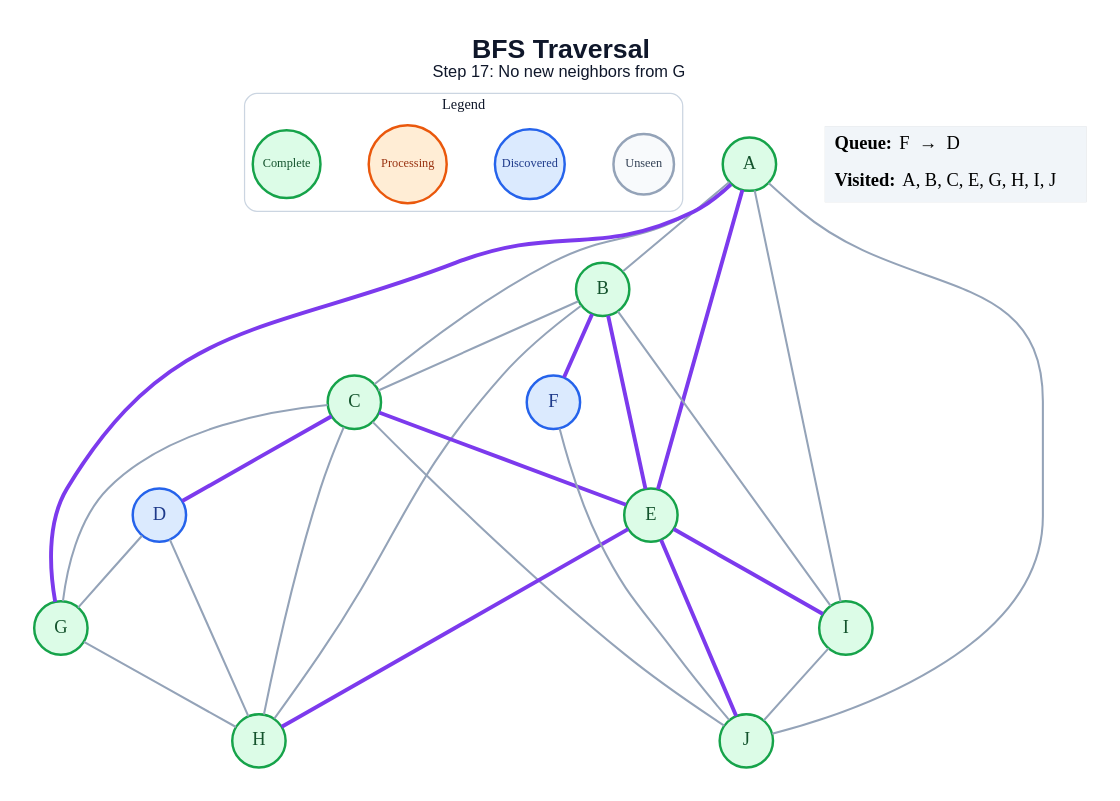
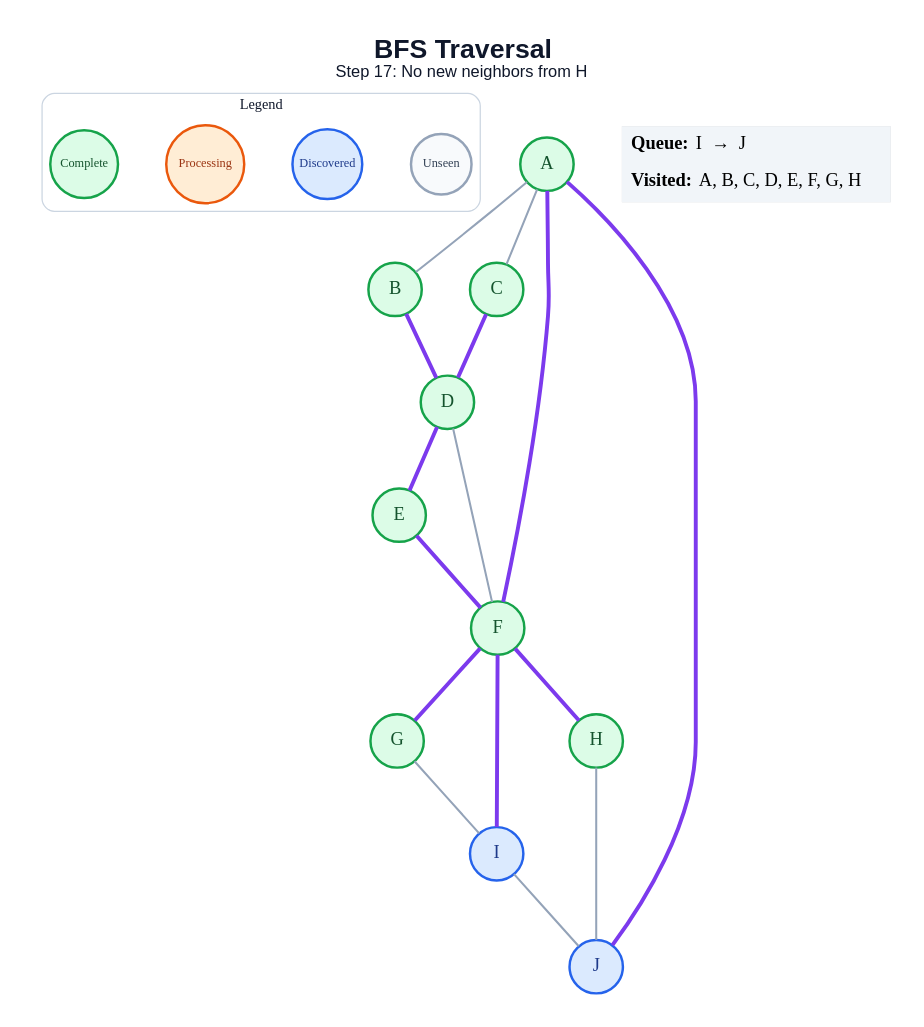
Before and after one commit to amanghodawala9/ai-slop: the diagram in generated/specific-node/bfs/step_17.dot, drawn with Graphviz. The commit also changed 178 other files, not shown here.

```diff
--- a/generated/specific-node/bfs/step_17.dot
+++ b/generated/specific-node/bfs/step_17.dot
@@ -1,53 +1,44 @@
 graph traversal {
   graph [layout=dot, rankdir=TB, bgcolor="#FFFFFF", pad="0.35", nodesep="0.65", ranksep="0.8", fontname="Arial"];
   node [shape=circle, style="filled", fontname="Arial Bold", fontsize=18, width=0.72, fixedsize=true, penwidth=2.4];
   edge [color="#94A3B8", penwidth=2.0];
-  label=<<B>BFS Traversal</B><BR/><FONT POINT-SIZE="16">Step 17: No new neighbors from G</FONT>>; labelloc="t"; fontsize=26; fontname="Arial"; fontcolor="#0F172A";
+  label=<<B>BFS Traversal</B><BR/><FONT POINT-SIZE="16">Step 17: No new neighbors from H</FONT>>; labelloc="t"; fontsize=26; fontname="Arial"; fontcolor="#0F172A";
   subgraph cluster_legend { label="Legend"; color="#CBD5E1"; penwidth=1.2; style="rounded"; fontsize=14; fontname="Arial Bold";
     key_unseen [label="Unseen", fillcolor="#F8FAFC", color="#94A3B8", fontcolor="#334155", fontsize=12, width=0.82];
     key_frontier [label="Discovered", fillcolor="#DBEAFE", color="#2563EB", fontcolor="#1E3A8A", fontsize=12, width=0.95];
     key_current [label="Processing", fillcolor="#FFEDD5", color="#EA580C", fontcolor="#9A3412", fontsize=12, width=1.05];
     key_done [label="Complete", fillcolor="#DCFCE7", color="#16A34A", fontcolor="#14532D", fontsize=12, width=0.92];
     { rank=same; key_unseen; key_frontier; key_current; key_done; }
   }
   A [fillcolor="#DCFCE7", color="#16A34A", fontcolor="#14532D"];
   B [fillcolor="#DCFCE7", color="#16A34A", fontcolor="#14532D"];
   C [fillcolor="#DCFCE7", color="#16A34A", fontcolor="#14532D"];
-  D [fillcolor="#DBEAFE", color="#2563EB", fontcolor="#1E3A8A"];
+  D [fillcolor="#DCFCE7", color="#16A34A", fontcolor="#14532D"];
   E [fillcolor="#DCFCE7", color="#16A34A", fontcolor="#14532D"];
-  F [fillcolor="#DBEAFE", color="#2563EB", fontcolor="#1E3A8A"];
+  F [fillcolor="#DCFCE7", color="#16A34A", fontcolor="#14532D"];
   G [fillcolor="#DCFCE7", color="#16A34A", fontcolor="#14532D"];
   H [fillcolor="#DCFCE7", color="#16A34A", fontcolor="#14532D"];
-  I [fillcolor="#DCFCE7", color="#16A34A", fontcolor="#14532D"];
-  J [fillcolor="#DCFCE7", color="#16A34A", fontcolor="#14532D"];
+  I [fillcolor="#DBEAFE", color="#2563EB", fontcolor="#1E3A8A"];
+  J [fillcolor="#DBEAFE", color="#2563EB", fontcolor="#1E3A8A"];
   A -- B;
   A -- C;
-  A -- E [color="#7C3AED", penwidth=3.8];
-  A -- G [color="#7C3AED", penwidth=3.8];
-  A -- I;
-  A -- J;
-  B -- C;
-  B -- E [color="#7C3AED", penwidth=3.8];
-  B -- F [color="#7C3AED", penwidth=3.8];
-  B -- H;
-  B -- I;
+  A -- F [color="#7C3AED", penwidth=3.8];
+  A -- J [color="#7C3AED", penwidth=3.8];
+  B -- D [color="#7C3AED", penwidth=3.8];
   C -- D [color="#7C3AED", penwidth=3.8];
-  C -- E [color="#7C3AED", penwidth=3.8];
-  C -- G;
-  C -- H;
-  C -- J;
-  D -- G;
-  D -- H;
-  E -- H [color="#7C3AED", penwidth=3.8];
-  E -- I [color="#7C3AED", penwidth=3.8];
-  E -- J [color="#7C3AED", penwidth=3.8];
-  F -- J;
-  G -- H;
+  D -- E [color="#7C3AED", penwidth=3.8];
+  D -- F;
+  E -- F [color="#7C3AED", penwidth=3.8];
+  F -- G [color="#7C3AED", penwidth=3.8];
+  F -- H [color="#7C3AED", penwidth=3.8];
+  F -- I [color="#7C3AED", penwidth=3.8];
+  G -- I;
+  H -- J;
   I -- J;
   status [shape=plain, fixedsize=false, width=0, height=0, margin=0, label=<
     <TABLE BORDER="0" CELLBORDER="0" CELLPADDING="7" BGCOLOR="#F1F5F9">
-      <TR><TD ALIGN="LEFT"><B>Queue:</B> F  →  D</TD></TR>
-      <TR><TD ALIGN="LEFT"><B>Visited:</B> A, B, C, E, G, H, I, J</TD></TR>
+      <TR><TD ALIGN="LEFT"><B>Queue:</B> I  →  J</TD></TR>
+      <TR><TD ALIGN="LEFT"><B>Visited:</B> A, B, C, D, E, F, G, H</TD></TR>
     </TABLE>
   >];
 }
```
